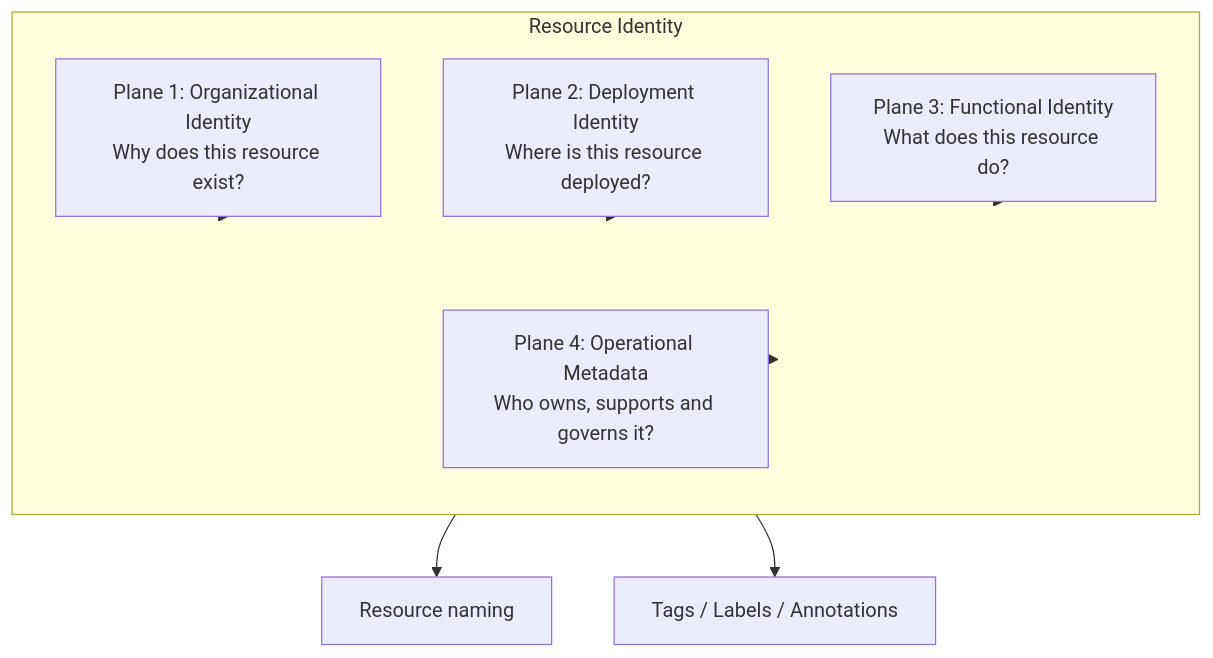
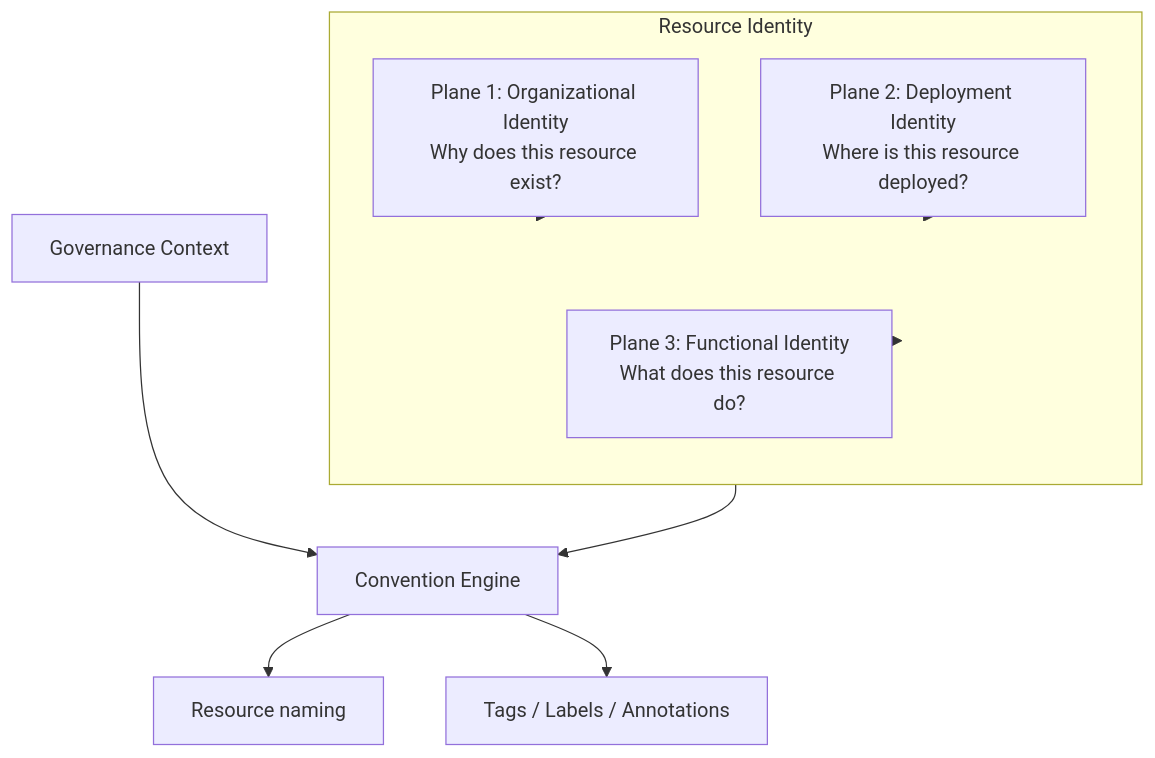
The diagram in specification/resource-identity.md (lksnext/iac-resource-conventions), drawn with Mermaid before and after one commit. The commit also changed other lines of this file and 5 other files, not shown here.

First line of the commit message:
refactor(specification): separate governance from resource identity

````diff
--- a/specification/resource-identity.md
+++ b/specification/resource-identity.md
@@ -164,18 +156,22 @@
 ```mermaid
 flowchart TB
     subgraph RI["Resource Identity"]
         direction TB
         OI["Plane 1: Organizational Identity<br/>Why does this resource exist?"]
         DI["Plane 2: Deployment Identity<br/>Where is this resource deployed?"]
         FI["Plane 3: Functional Identity<br/>What does this resource do?"]
-        OM["Plane 4: Operational Metadata<br/>Who owns, supports and governs it?"]
     end
+
+    GC["Governance Context"]
+    CE["Convention Engine"]
 
     OI --> RI
     DI --> RI
     FI --> RI
-    OM --> RI
 
-    RI --> Naming["Resource naming"]
-    RI --> Tagging["Tags / Labels / Annotations"]
+    RI --> CE
+    GC --> CE
+
+    CE --> Naming["Resource naming"]
+    CE --> Tagging["Tags / Labels / Annotations"]
 ```
````
